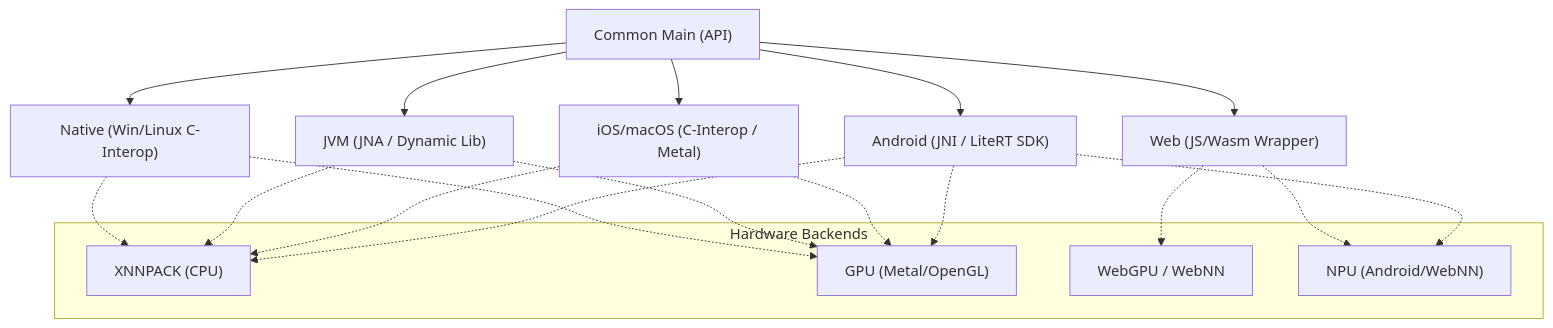
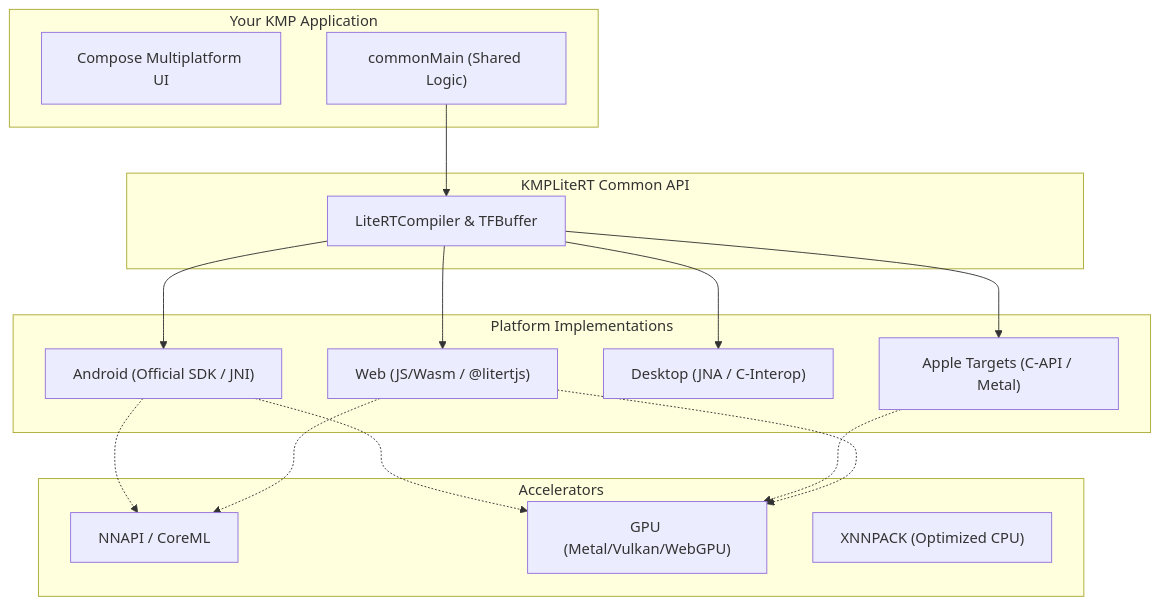
Before and after one commit to leitingzi/kmplitert: the diagram in README.md, drawn with Mermaid. The commit also changed other lines of this file, not shown here.

````diff
--- a/README.md
+++ b/README.md
@@ -26,28 +57,31 @@
 ```mermaid
 graph TD
-    Common["Common Main (API)"]
-    Android["Android (JNI / LiteRT SDK)"]
-    iOS["iOS/macOS (C-Interop / Metal)"]
-    JVM["JVM (JNA / Dynamic Lib)"]
-    Native["Native (Win/Linux C-Interop)"]
-    Web["Web (JS/Wasm Wrapper)"]
+    subgraph "Your KMP Application"
+        UI["Compose Multiplatform UI"]
+        Logic["commonMain (Shared Logic)"]
+    end
+
+    subgraph "KMPLiteRT Common API"
+        API["LiteRTCompiler & TFBuffer"]
+    end
+
+    subgraph "Platform Implementations"
+        Android["Android (Official SDK / JNI)"]
+        iOS["Apple Targets (C-API / Metal)"]
+        Desktop["Desktop (JNA / C-Interop)"]
+        Web["Web (JS/Wasm / @litertjs)"]
+    end
+
+    Logic --> API
+    API --> Android & iOS & Desktop & Web
     
-    Common --> Android
-    Common --> iOS
-    Common --> JVM
-    Common --> Native
-    Common --> Web
-    
-    subgraph "Hardware Backends"
-        XNNPACK["XNNPACK (CPU)"]
-        GPU["GPU (Metal/OpenGL)"]
-        WebGPU["WebGPU / WebNN"]
-        NPU["NPU (Android/WebNN)"]
+    subgraph "Accelerators"
+        NPU["NNAPI / CoreML"]
+        GPU["GPU (Metal/Vulkan/WebGPU)"]
+        CPU["XNNPACK (Optimized CPU)"]
     end
-    
-    Android -.-> XNNPACK & GPU & NPU
-    iOS -.-> XNNPACK & GPU
-    JVM -.-> XNNPACK & GPU
-    Native -.-> XNNPACK & GPU
-    Web -.-> WebGPU & NPU
+
+    Android -.-> NPU & GPU
+    iOS -.-> GPU
+    Web -.-> NPU & GPU
 ```
````
